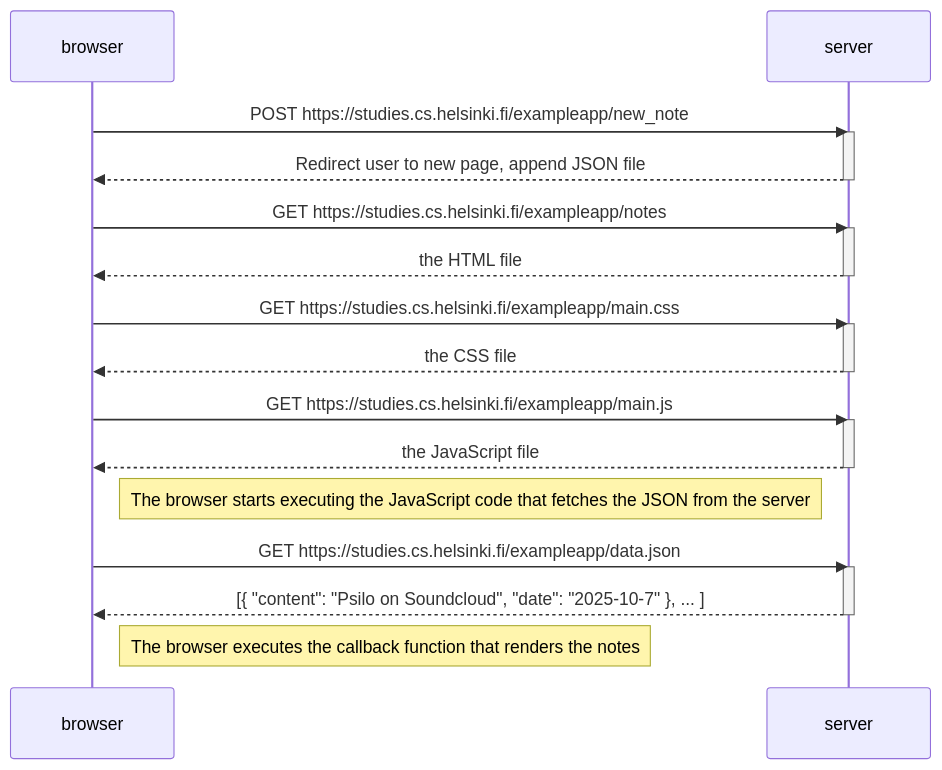
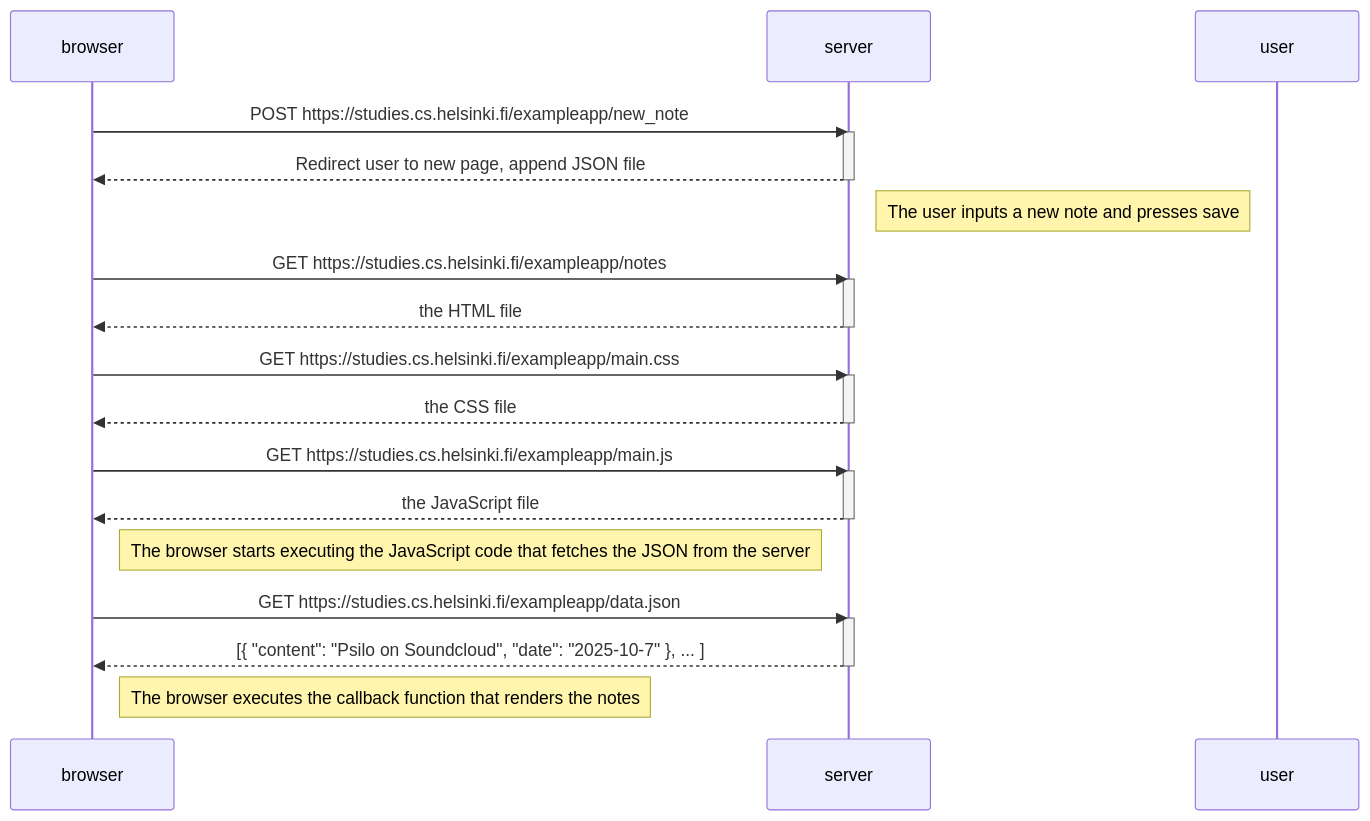
One commit to astoaks05/fullstackopen changed the diagram in part0/0.4-new-note-diagram.md. Above: the diagram before and after it, drawn with Mermaid.

Commit message:
Add an explanation of user action

````diff
--- a/part0/0.4-new-note-diagram.md
+++ b/part0/0.4-new-note-diagram.md
@@ -1,34 +1,36 @@
 ```mermaid
 sequenceDiagram
     participant browser
     participant server
 
     browser->>server: POST https://studies.cs.helsinki.fi/exampleapp/new_note
     activate server
     server-->>browser: Redirect user to new page, append JSON file
     deactivate server
+
+    Note left of user: The user inputs a new note and presses save
 
     browser->>server: GET https://studies.cs.helsinki.fi/exampleapp/notes
     activate server
     server-->>browser: the HTML file
     deactivate server
 
     browser->>server: GET https://studies.cs.helsinki.fi/exampleapp/main.css
     activate server
     server-->>browser: the CSS file
     deactivate server
 
     browser->>server: GET https://studies.cs.helsinki.fi/exampleapp/main.js
     activate server
     server-->>browser: the JavaScript file
     deactivate server
 
     Note right of browser: The browser starts executing the JavaScript code that fetches the JSON from the server
 
     browser->>server: GET https://studies.cs.helsinki.fi/exampleapp/data.json
     activate server
     server-->>browser: [{ "content": "Psilo on Soundcloud", "date": "2025-10-7" }, ... ]
     deactivate server
 
     Note right of browser: The browser executes the callback function that renders the notes
 ```
````
